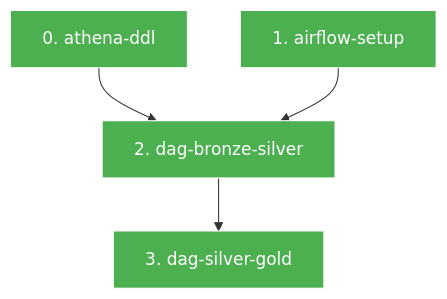
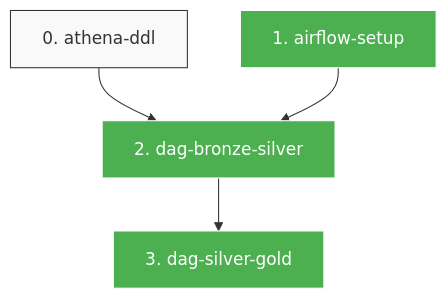
Before and after one commit to masondev1024/robot-data-pipeline: the diagram in phases/2-batch/DAG.md, drawn with Mermaid. The commit also changed 4 other files, not shown here.

````diff
--- a/phases/2-batch/DAG.md
+++ b/phases/2-batch/DAG.md
@@ -3,18 +3,18 @@
 ```mermaid
 graph TD
   classDef completed fill:#4CAF50,stroke:#fff,color:#fff;
   classDef pending fill:#f9f9f9,stroke:#333;
   classDef error fill:#f44336,stroke:#fff,color:#fff;
   classDef blocked fill:#FF9800,stroke:#fff,color:#fff;
   S0["0. athena-ddl"]
-  class S0 completed;
+  class S0 pending;
   S1["1. airflow-setup"]
   class S1 completed;
   S2["2. dag-bronze-silver"]
   class S2 completed;
   S0 --> S2
   S1 --> S2
   S3["3. dag-silver-gold"]
   class S3 completed;
   S2 --> S3
 ```
````
